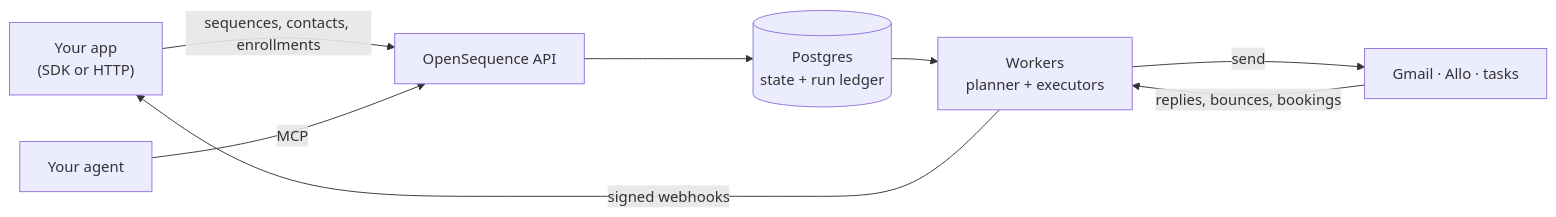
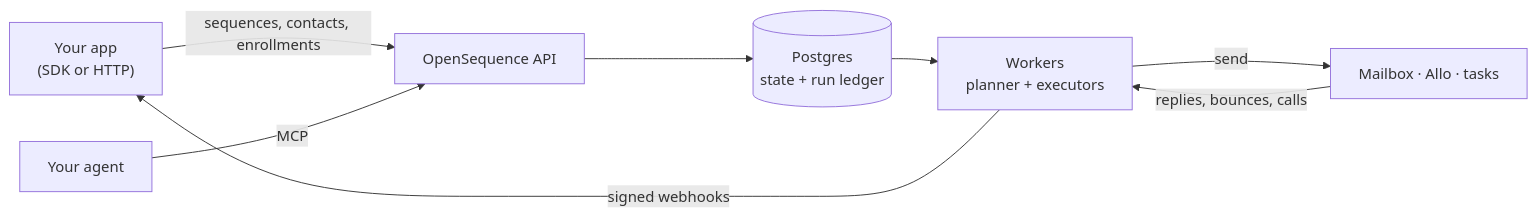
One commit to lguerberg/open-sequence changed the diagram in README.md. Above: the diagram before and after it, drawn with Mermaid. The commit also changed other lines of this file and 140 other files, not shown here.

````diff
--- a/README.md
+++ b/README.md
@@ -160,10 +160,10 @@
 ```mermaid
 flowchart LR
   APP["Your app<br/>(SDK or HTTP)"] -->|sequences, contacts, enrollments| API["OpenSequence API"]
   API --> PG[("Postgres<br/>state + run ledger")]
   PG --> W["Workers<br/>planner + executors"]
-  W -->|send| P["Gmail · Allo · tasks"]
-  P -->|replies, bounces, bookings| W
+  W -->|send| P["Mailbox · Allo · tasks"]
+  P -->|replies, bounces, calls| W
   W -->|signed webhooks| APP
   AG["Your agent"] -->|MCP| API
 ```
````
